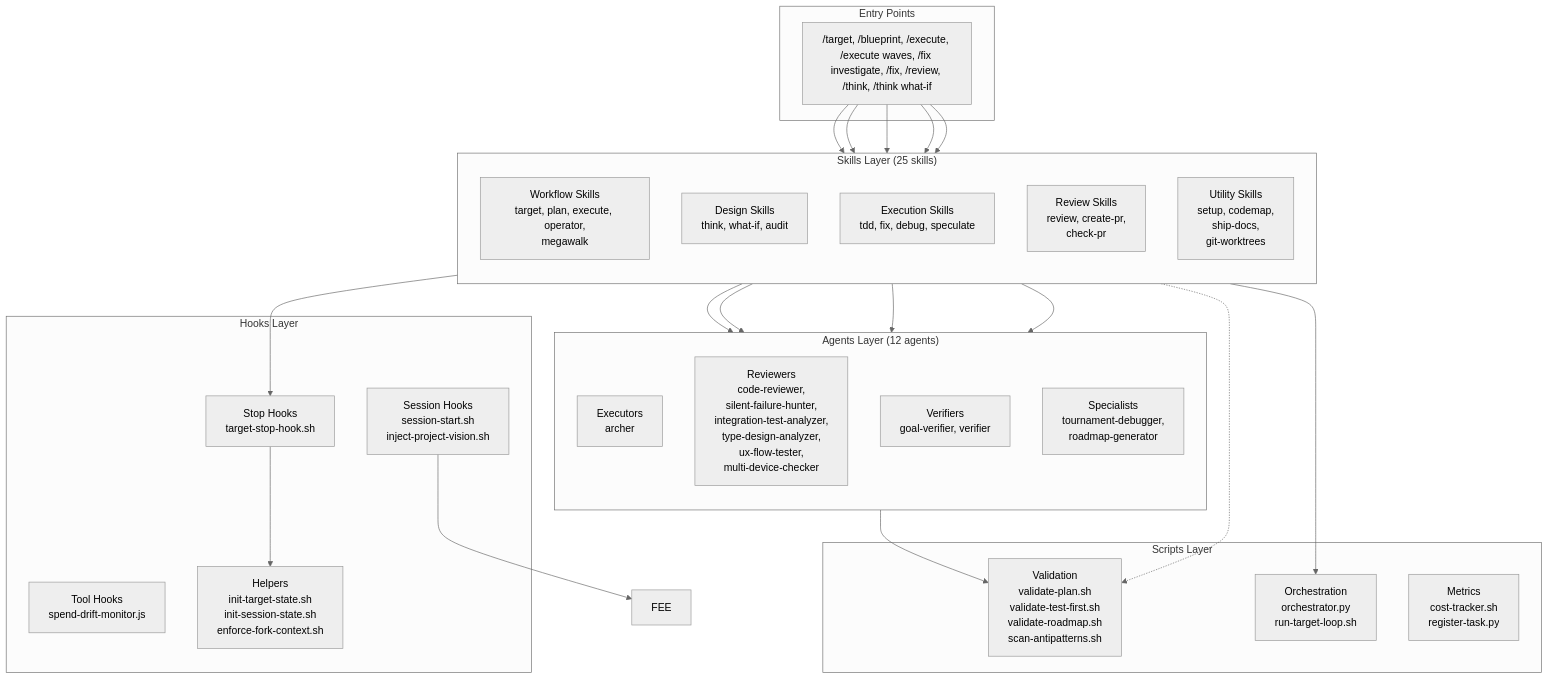
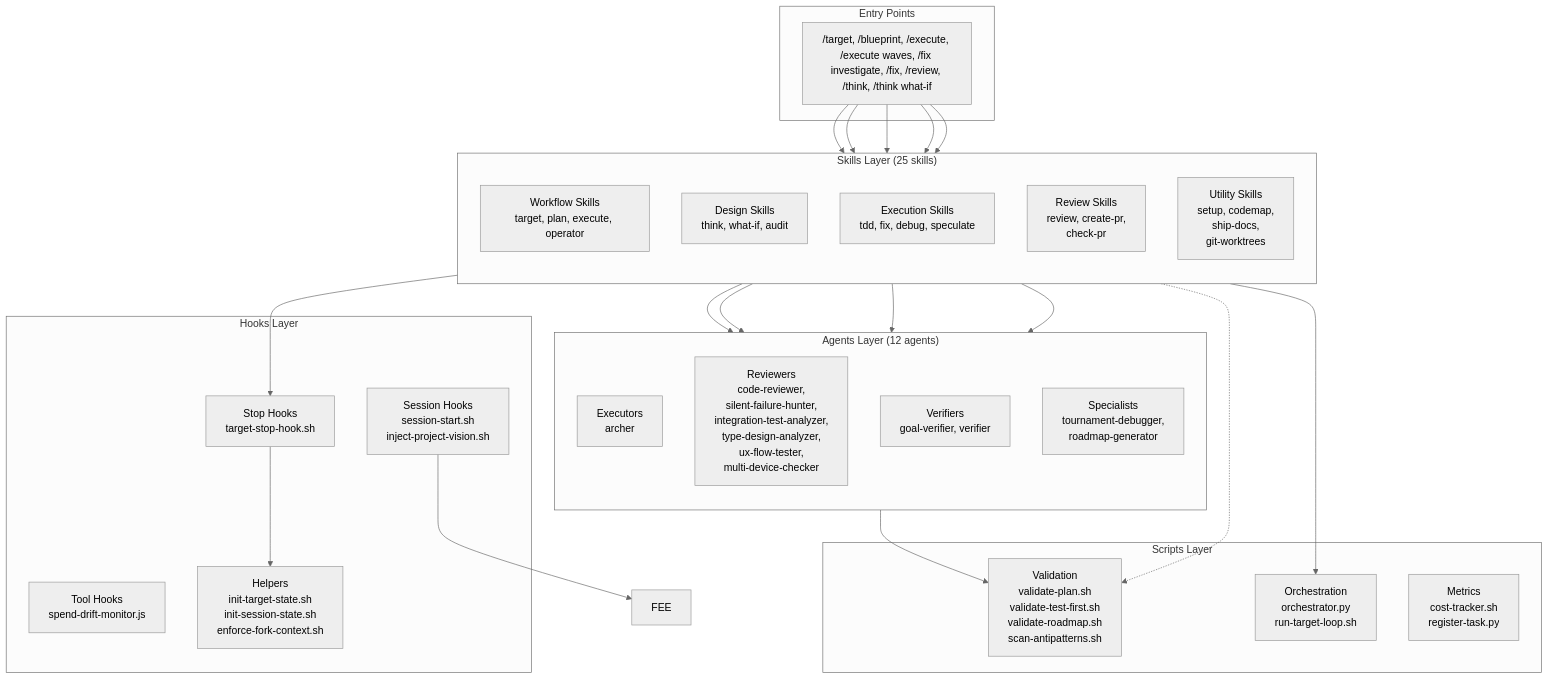
One commit to bllshttng/footnote changed the first of 6 diagrams in docs/system-architecture.md. Above: the diagram before and after it, drawn with Mermaid (neutral theme). The commit also changed other lines of this file and 31 other files, not shown here.

````diff
--- a/docs/system-architecture.md
+++ b/docs/system-architecture.md
@@ -42,55 +42,55 @@
 ```mermaid
 graph TB
     subgraph "Entry Points"
         CMD["/target, /blueprint, /execute, /execute waves, /fix investigate, /fix, /review, /think, /think what-if"]
     end
 
     subgraph "Skills Layer (25 skills)"
         direction TB
-        WF["Workflow Skills<br/>target, plan, execute, operator,<br/>megawalk"]
+        WF["Workflow Skills<br/>target, plan, execute, operator"]
         DS["Design Skills<br/>think, what-if, audit"]
         EX["Execution Skills<br/>tdd, fix, debug, speculate"]
         RV["Review Skills<br/>review, create-pr,<br/>check-pr"]
         UT["Utility Skills<br/>setup, codemap,<br/>ship-docs,<br/>git-worktrees"]
     end
 
     subgraph "Agents Layer (12 agents)"
         direction TB
         EXEC["Executors<br/>archer"]
         REV["Reviewers<br/>code-reviewer,<br/>silent-failure-hunter,<br/>integration-test-analyzer,<br/>type-design-analyzer,<br/>ux-flow-tester,<br/>multi-device-checker"]
         VER["Verifiers<br/>goal-verifier, verifier"]
         SPEC["Specialists<br/>tournament-debugger,<br/>roadmap-generator"]
     end
 
     subgraph "Hooks Layer"
         STOP["Stop Hooks<br/>target-stop-hook.sh"]
         SESS["Session Hooks<br/>session-start.sh<br/>inject-project-vision.sh"]
         TOOL["Tool Hooks<br/>spend-drift-monitor.js"]
         HELP["Helpers<br/>init-target-state.sh<br/>init-session-state.sh<br/>enforce-fork-context.sh"]
     end
 
     subgraph "Scripts Layer"
         VAL["Validation<br/>validate-plan.sh<br/>validate-test-first.sh<br/>validate-roadmap.sh<br/>scan-antipatterns.sh"]
         ORC["Orchestration<br/>orchestrator.py<br/>run-target-loop.sh"]
         MET["Metrics<br/>cost-tracker.sh<br/>register-task.py"]
     end
 
     CMD --> WF
     CMD --> DS
     CMD --> EX
     CMD --> RV
     CMD --> UT
 
     WF --> EXEC
     WF --> VER
     RV --> REV
     EX --> EXEC
     DS -.-> VAL
 
     WF --> ORC
     WF --> STOP
     SESS --> FEE
     STOP --> HELP
 
     EXEC --> VAL
 ```
````
